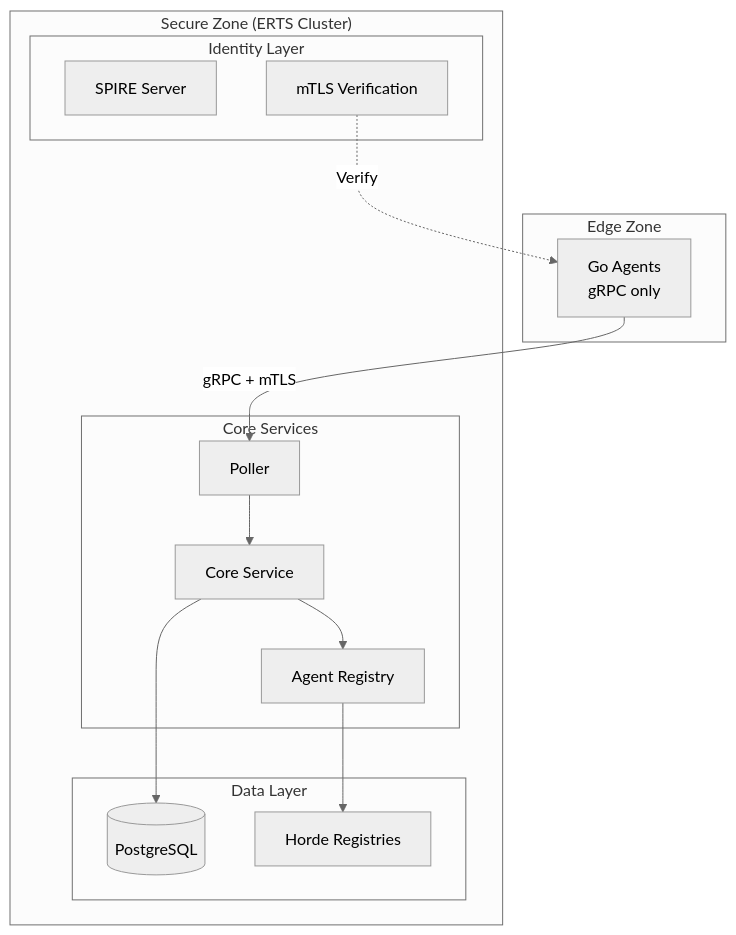
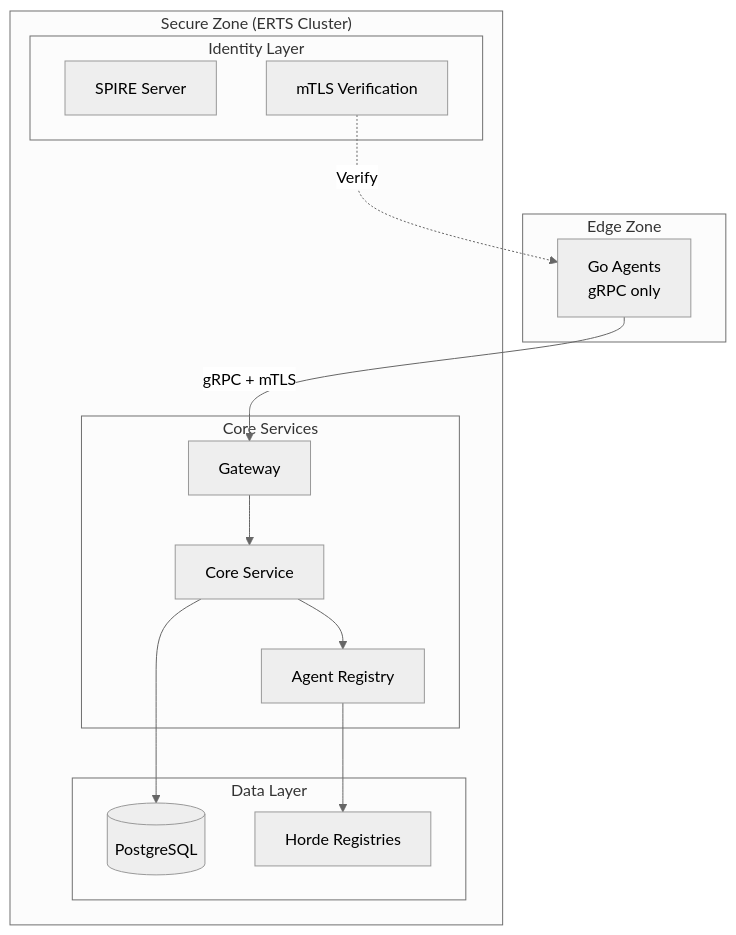
One commit to carverauto/serviceradar changed the first of 2 diagrams in docs/docs/security-architecture.md. Above: the diagram before and after it, drawn with Mermaid (neutral theme). The commit also changed other lines of this file and 118 other files, not shown here.

````diff
--- a/docs/docs/security-architecture.md
+++ b/docs/docs/security-architecture.md
@@ -14,31 +14,31 @@
 ```mermaid
 flowchart TB
     subgraph External["Edge Zone"]
         GA[Go Agents<br/>gRPC only]
     end
 
     subgraph Cluster["Secure Zone (ERTS Cluster)"]
         subgraph Identity["Identity Layer"]
             SPIRE[SPIRE Server]
             MTLS[mTLS Verification]
         end
 
         subgraph Core["Core Services"]
             CORE[Core Service]
-            POLLER[Poller]
+            GATEWAY[Gateway]
             REG[Agent Registry]
         end
 
         subgraph Data["Data Layer"]
             PG[(PostgreSQL)]
             HORDE[Horde Registries]
         end
     end
 
-    GA -->|gRPC + mTLS| POLLER
+    GA -->|gRPC + mTLS| GATEWAY
     MTLS -.->|Verify| GA
-    POLLER --> CORE
+    GATEWAY --> CORE
     CORE --> REG
     REG --> HORDE
     CORE --> PG
 ```
````
